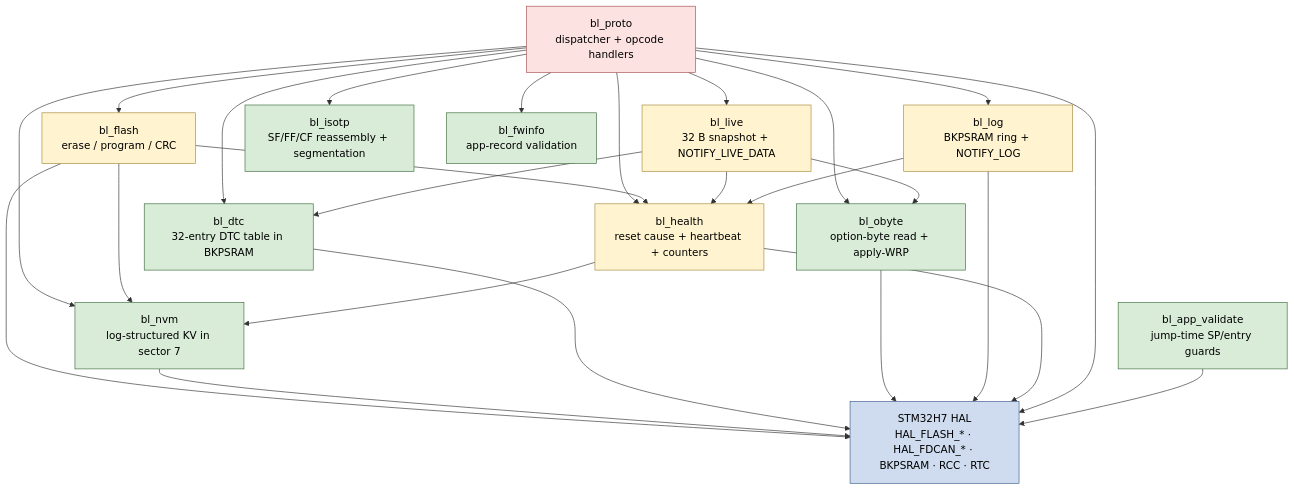
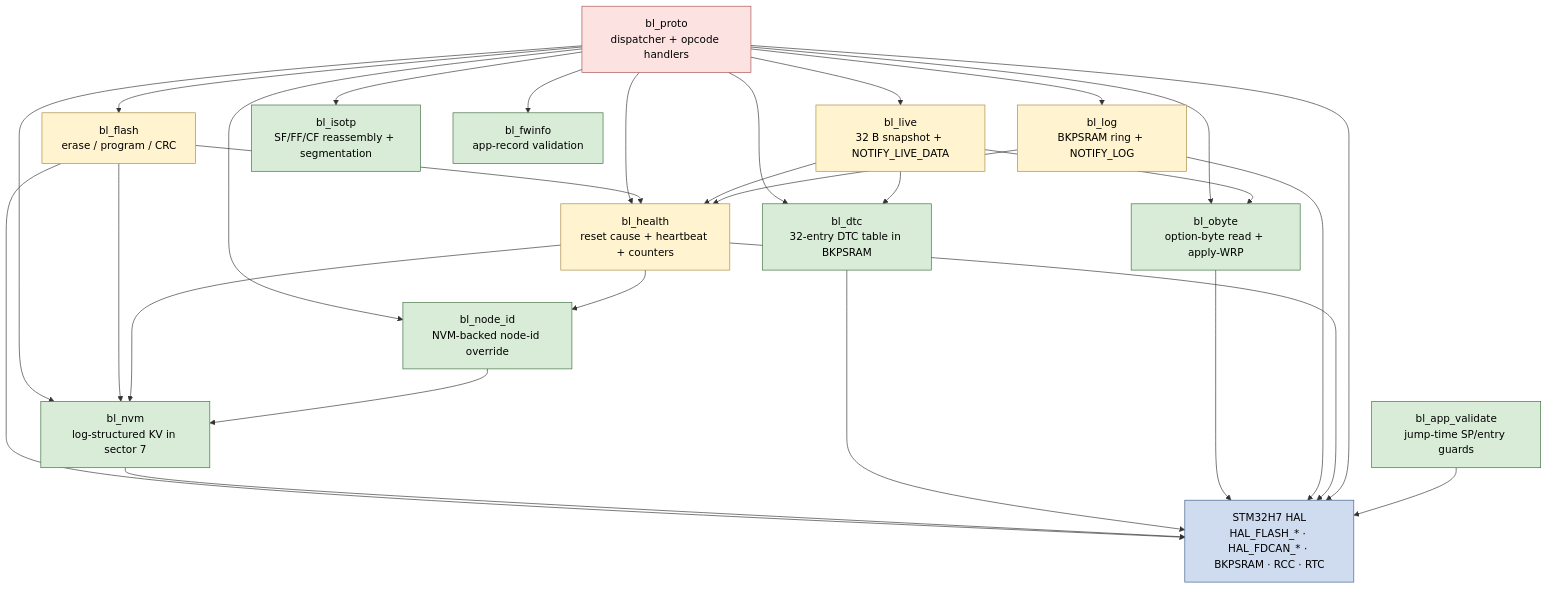
One commit to isc-fs/stm32-can-bootloader changed the first of 3 diagrams in ARCHITECTURE.md. Above: the diagram before and after it, drawn with Mermaid. The commit also changed other lines of this file and 2 other files, not shown here.

First line of the commit message:
docs: v1.3.0 sweep — node-id override + CI hardening (#114)

````diff
--- a/ARCHITECTURE.md
+++ b/ARCHITECTURE.md
@@ -61,50 +61,54 @@
 ```mermaid
 flowchart TD
     classDef orch fill:#fde2e2,stroke:#a85050,color:#000
     classDef diag fill:#fff4cf,stroke:#a78a3f,color:#000
     classDef util fill:#d8ecd8,stroke:#3f6e3f,color:#000
     classDef hal  fill:#cfdcf0,stroke:#3f5e8a,color:#000
 
     proto["bl_proto<br/>dispatcher + opcode handlers"]:::orch
 
     flash["bl_flash<br/>erase / program / CRC"]:::diag
     log["bl_log<br/>BKPSRAM ring + NOTIFY_LOG"]:::diag
     health["bl_health<br/>reset cause + heartbeat + counters"]:::diag
     live["bl_live<br/>32 B snapshot + NOTIFY_LIVE_DATA"]:::diag
 
     isotp["bl_isotp<br/>SF/FF/CF reassembly + segmentation"]:::util
     nvm["bl_nvm<br/>log-structured KV in sector 7"]:::util
+    node_id["bl_node_id<br/>NVM-backed node-id override"]:::util
     dtc["bl_dtc<br/>32-entry DTC table in BKPSRAM"]:::util
     obyte["bl_obyte<br/>option-byte read + apply-WRP"]:::util
     fwinfo["bl_fwinfo<br/>app-record validation"]:::util
     appval["bl_app_validate<br/>jump-time SP/entry guards"]:::util
 
     hal["STM32H7 HAL<br/>HAL_FLASH_* · HAL_FDCAN_* · BKPSRAM · RCC · RTC"]:::hal
 
     proto --> isotp
     proto --> flash
     proto --> nvm
+    proto --> node_id
     proto --> dtc
     proto --> obyte
     proto --> fwinfo
     proto --> log
     proto --> health
     proto --> live
 
     flash --> nvm
     flash --> health
     health --> nvm
+    health --> node_id
     live --> dtc
     live --> obyte
     live --> health
     log --> health
+    node_id --> nvm
 
     flash --> hal
     nvm --> hal
     dtc --> hal
     obyte --> hal
     log --> hal
     health --> hal
     proto --> hal
     appval --> hal
 ```
````
